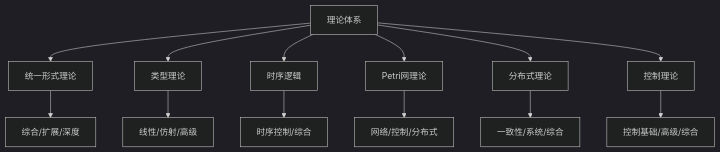
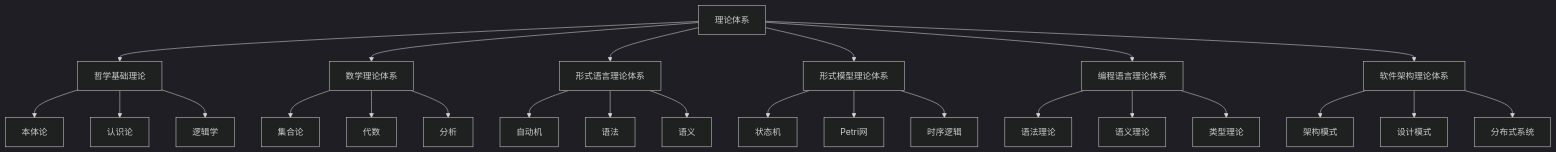
The diagram in Analysis/01-理论体系总论.md (AdaMartin18010/formal-architecture), drawn with Mermaid (dark theme) before and after one commit. The commit also changed other lines of this file and 26 other files, not shown here.

````diff
--- a/Analysis/01-理论体系总论.md
+++ b/Analysis/01-理论体系总论.md
@@ -22,15 +57,27 @@
 ```mermaid
 graph TD
-  A[理论体系] --> B1[统一形式理论]
-  A --> B2[类型理论]
-  A --> B3[时序逻辑]
-  A --> B4[Petri网理论]
-  A --> B5[分布式理论]
-  A --> B6[控制理论]
-  B1 --> C1[综合/扩展/深度]
-  B2 --> C2[线性/仿射/高级]
-  B3 --> C3[时序控制/综合]
-  B4 --> C4[网络/控制/分布式]
-  B5 --> C5[一致性/系统/综合]
-  B6 --> C6[控制基础/高级/综合]
+  A[理论体系] --> B1[哲学基础理论]
+  A --> B2[数学理论体系]
+  A --> B3[形式语言理论体系]
+  A --> B4[形式模型理论体系]
+  A --> B5[编程语言理论体系]
+  A --> B6[软件架构理论体系]
+  B1 --> C1[本体论]
+  B1 --> C2[认识论]
+  B1 --> C3[逻辑学]
+  B2 --> C4[集合论]
+  B2 --> C5[代数]
+  B2 --> C6[分析]
+  B3 --> C7[自动机]
+  B3 --> C8[语法]
+  B3 --> C9[语义]
+  B4 --> C10[状态机]
+  B4 --> C11[Petri网]
+  B4 --> C12[时序逻辑]
+  B5 --> C13[语法理论]
+  B5 --> C14[语义理论]
+  B5 --> C15[类型理论]
+  B6 --> C16[架构模式]
+  B6 --> C17[设计模式]
+  B6 --> C18[分布式系统]
 ```
````
